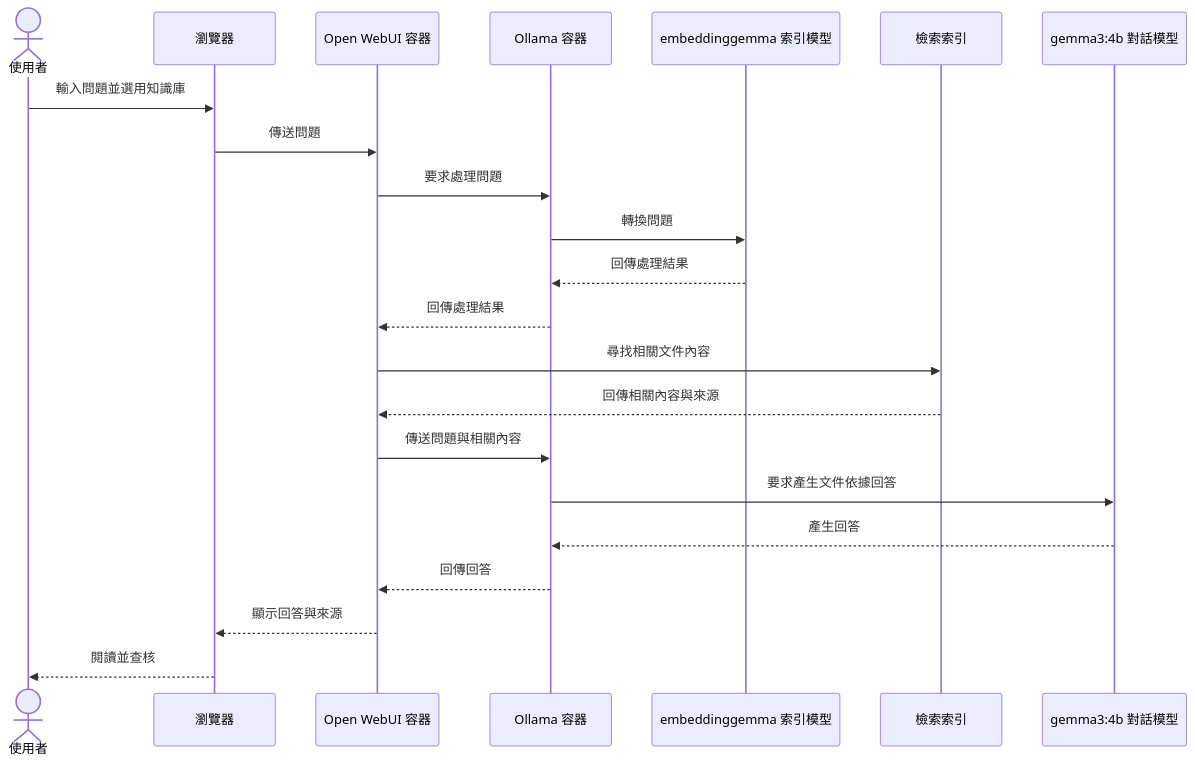
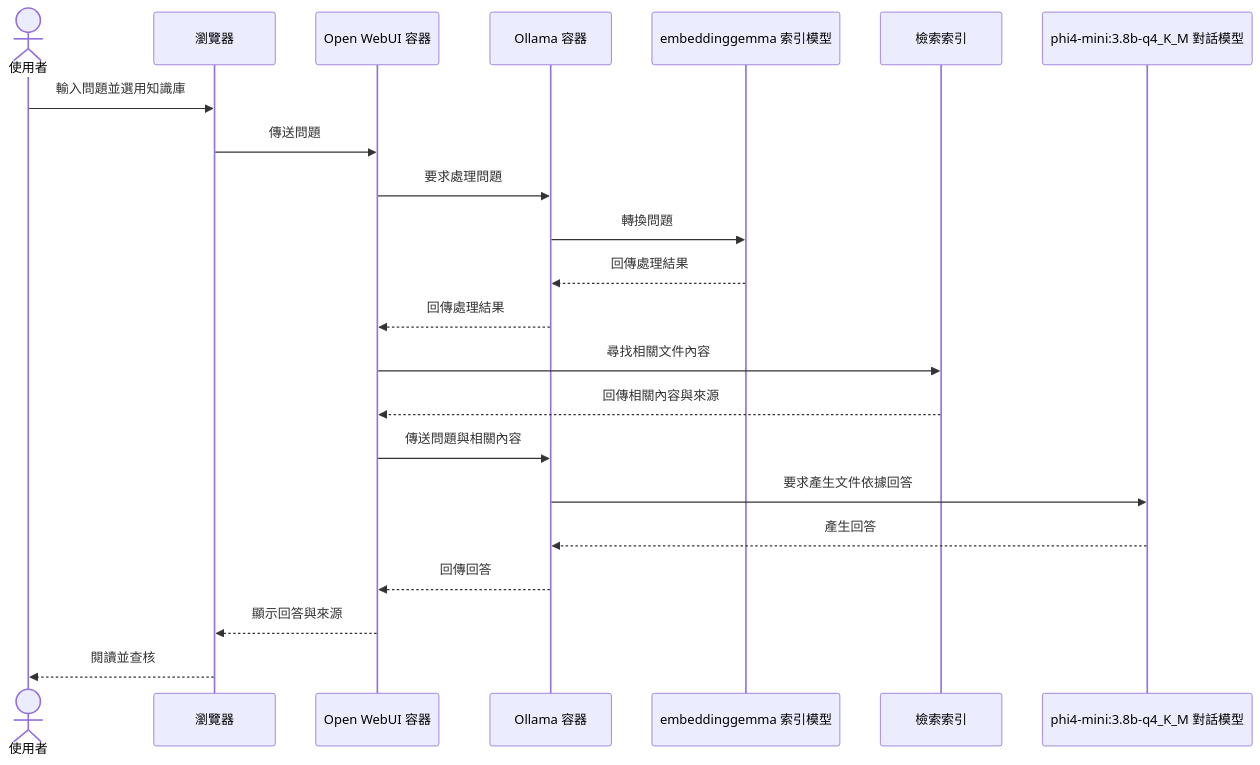
Before and after one commit to lee0401g/project-delivery_3LM: the sixth of 6 diagrams in 05-建立個人知識庫/補充教材-本次實作架構演進.md, drawn with Mermaid. The commit also changed other lines of this file and 10 other files, not shown here.

Commit message:
變更課程指定模型為 Phi-4 Mini 3.8B Q4_K_M

````diff
--- a/05-建立個人知識庫/補充教材-本次實作架構演進.md
+++ b/05-建立個人知識庫/補充教材-本次實作架構演進.md
@@ -127,24 +127,24 @@
 ```mermaid
 sequenceDiagram
     actor U as 使用者
     participant B as 瀏覽器
     participant W as Open WebUI 容器
     participant O as Ollama 容器
     participant E as embeddinggemma 索引模型
     participant I as 檢索索引
-    participant C as gemma3:4b 對話模型
+    participant C as phi4-mini:3.8b-q4_K_M 對話模型
     U->>B: 輸入問題並選用知識庫
     B->>W: 傳送問題
     W->>O: 要求處理問題
     O->>E: 轉換問題
     E-->>O: 回傳處理結果
     O-->>W: 回傳處理結果
     W->>I: 尋找相關文件內容
     I-->>W: 回傳相關內容與來源
     W->>O: 傳送問題與相關內容
     O->>C: 要求產生文件依據回答
     C-->>O: 產生回答
     O-->>W: 回傳回答
     W-->>B: 顯示回答與來源
     B-->>U: 閱讀並查核
 ```
````
